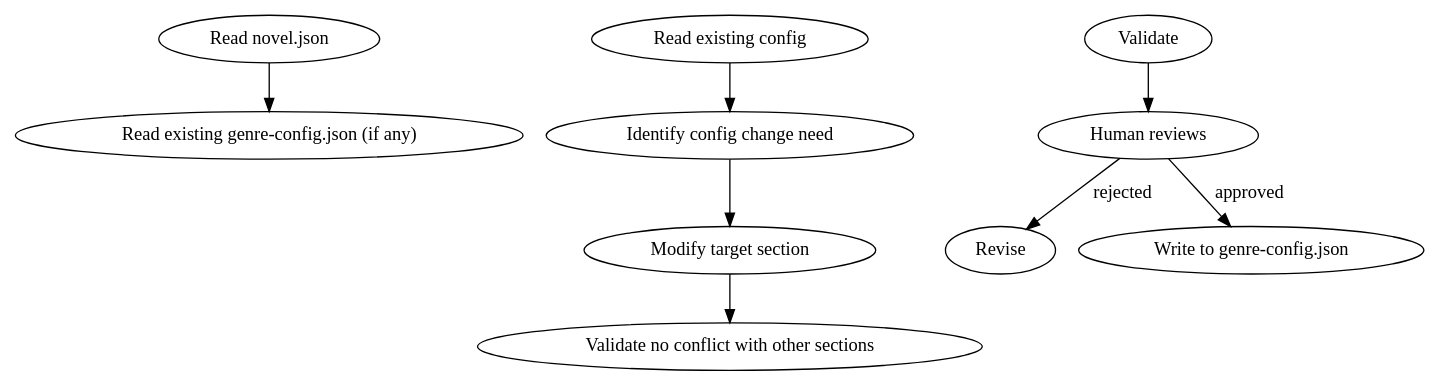
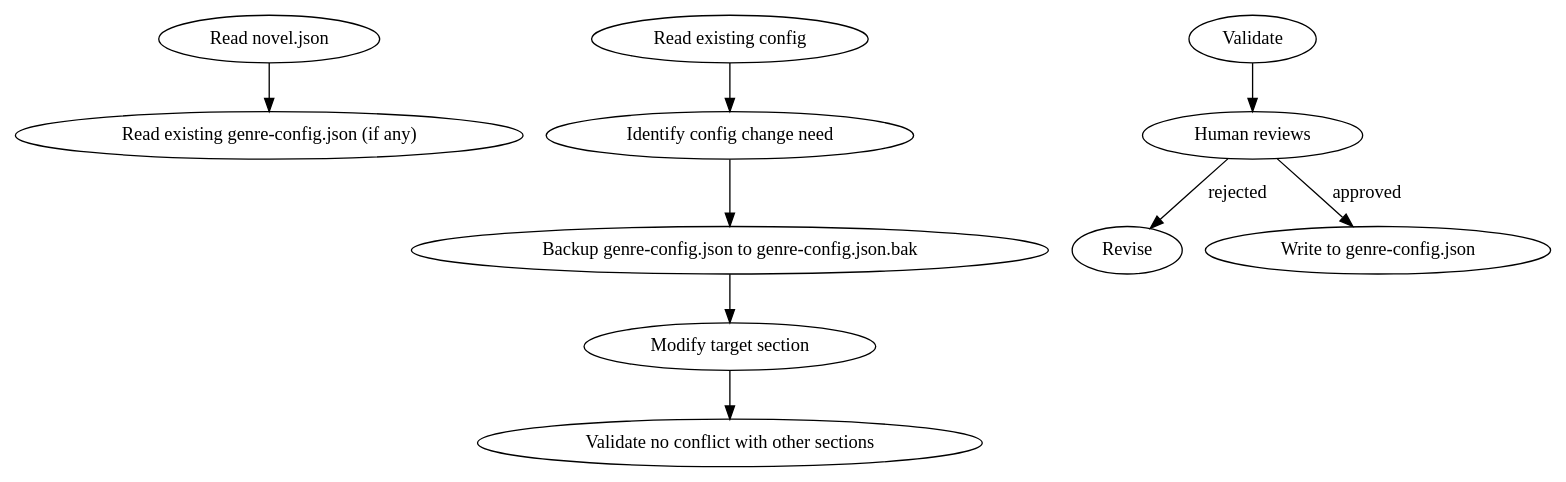
One commit to ThomasChangX/shenbi changed the diagram in skills/shenbi-genre-config/SKILL.md. Above: the diagram before and after it, drawn with Graphviz. The commit also changed 72 other files, not shown here.

````diff
--- a/skills/shenbi-genre-config/SKILL.md
+++ b/skills/shenbi-genre-config/SKILL.md
@@ -53,11 +53,12 @@
 ```dot
 digraph genre_config {
     "Read novel.json" -> "Read existing genre-config.json (if any)";
     "Read existing config" -> "Identify config change need";
-    "Identify config change need" -> "Modify target section";
+    "Identify config change need" -> "Backup genre-config.json to genre-config.json.bak";
+    "Backup genre-config.json to genre-config.json.bak" -> "Modify target section";
     "Modify target section" -> "Validate no conflict with other sections";
     "Validate" -> "Human reviews";
     "Human reviews" -> "Revise" [label="rejected"];
     "Human reviews" -> "Write to genre-config.json" [label="approved"];
 }
 ```
````
